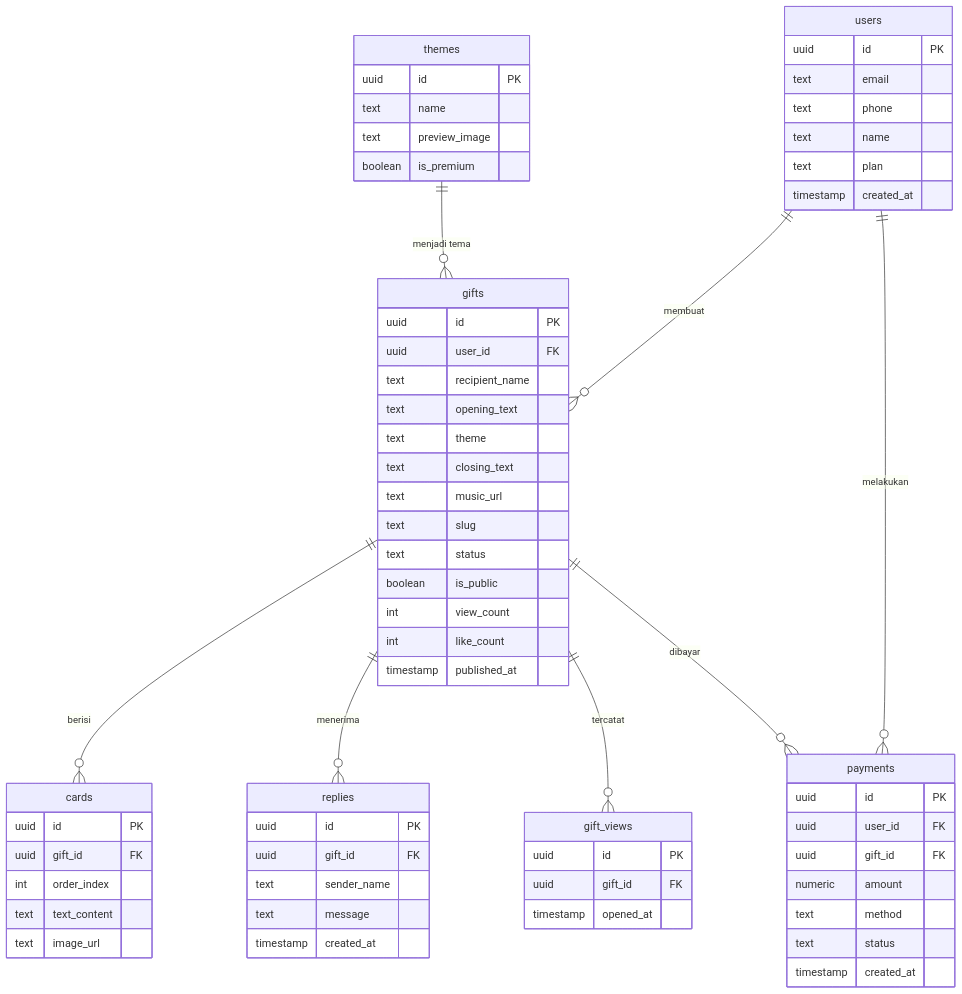
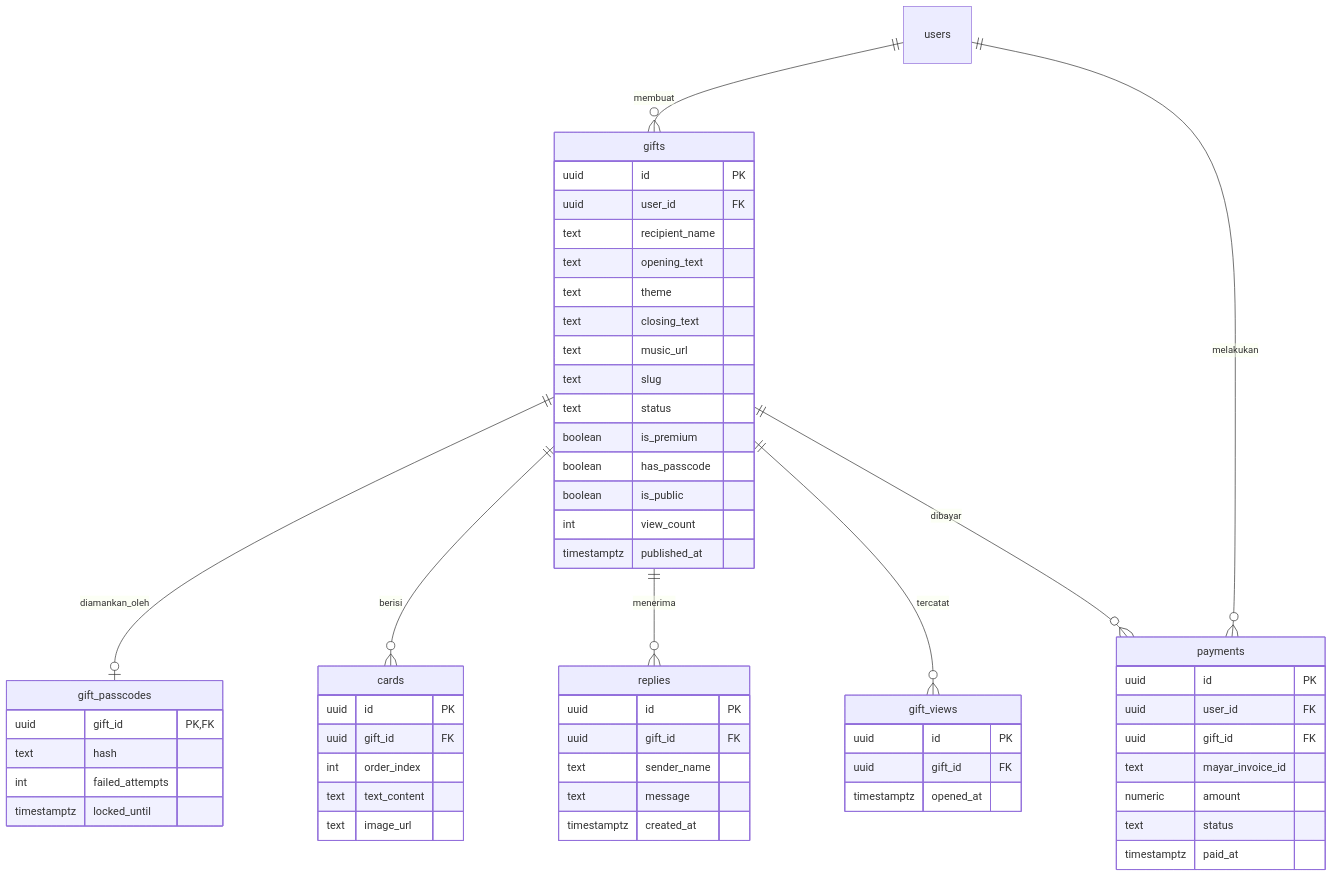
One commit to ruhulikram/bacakado changed the second of 2 diagrams in kado-ucapan-digital-PRD.md. Above: the diagram before and after it, drawn with Mermaid. The commit also changed other lines of this file and 18 other files, not shown here.

````diff
--- a/kado-ucapan-digital-PRD.md
+++ b/kado-ucapan-digital-PRD.md
@@ -223,68 +229,61 @@
 ```mermaid
 erDiagram
     users ||--o{ gifts : "membuat"
     users ||--o{ payments : "melakukan"
+    gifts ||--o| gift_passcodes : "diamankan_oleh"
     gifts ||--o{ cards : "berisi"
     gifts ||--o{ replies : "menerima"
     gifts ||--o{ gift_views : "tercatat"
     gifts ||--o{ payments : "dibayar"
-    themes ||--o{ gifts : "menjadi tema"
 
-    users {
-        uuid id PK
-        text email
-        text phone
-        text name
-        text plan
-        timestamp created_at
-    }
     gifts {
         uuid id PK
         uuid user_id FK
         text recipient_name
         text opening_text
         text theme
         text closing_text
         text music_url
         text slug
         text status
+        boolean is_premium
+        boolean has_passcode
         boolean is_public
         int view_count
-        int like_count
-        timestamp published_at
+        timestamptz published_at
+    }
+    gift_passcodes {
+        uuid gift_id PK,FK
+        text hash
+        int failed_attempts
+        timestamptz locked_until
     }
     cards {
         uuid id PK
         uuid gift_id FK
         int order_index
         text text_content
         text image_url
     }
     replies {
         uuid id PK
         uuid gift_id FK
         text sender_name
         text message
-        timestamp created_at
+        timestamptz created_at
     }
     gift_views {
         uuid id PK
         uuid gift_id FK
-        timestamp opened_at
-    }
-    themes {
-        uuid id PK
-        text name
-        text preview_image
-        boolean is_premium
+        timestamptz opened_at
     }
     payments {
         uuid id PK
         uuid user_id FK
         uuid gift_id FK
+        text mayar_invoice_id
         numeric amount
-        text method
         text status
-        timestamp created_at
+        timestamptz paid_at
     }
 ```
````
